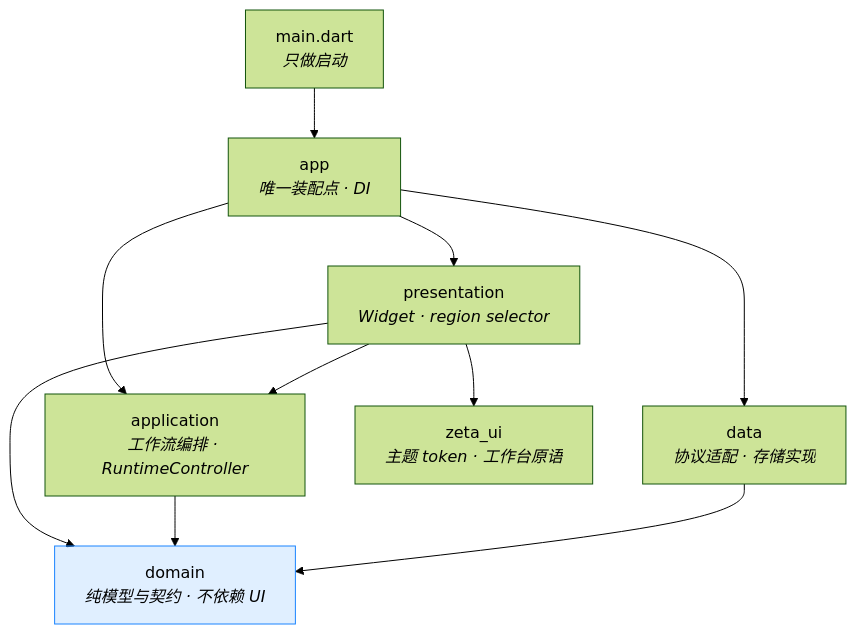
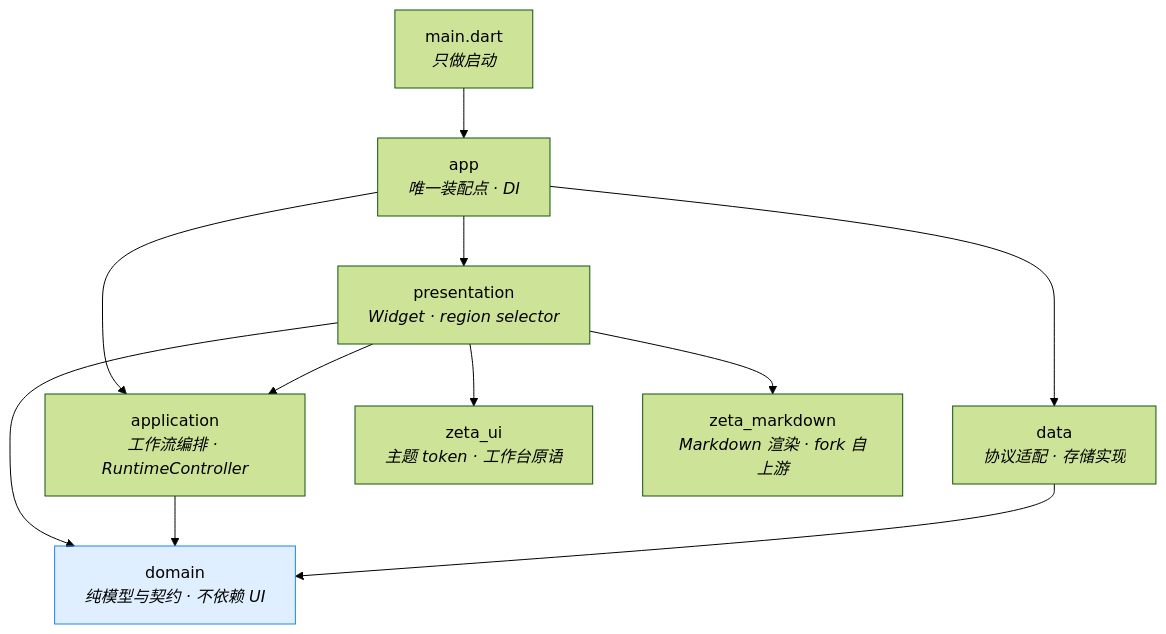
Before and after one commit to linpeilie/zeta: the first of 6 diagrams in docs/zh/architecture/overview.md, drawn with Mermaid (forest theme). The commit also changed other lines of this file and 12 other files, not shown here.

````diff
--- a/docs/zh/architecture/overview.md
+++ b/docs/zh/architecture/overview.md
@@ -19,15 +19,16 @@
 ```mermaid
 flowchart TD
     main["main.dart<br/><i>只做启动</i>"] --> app["app<br/><i>唯一装配点 · DI</i>"]
     app --> pres["presentation<br/><i>Widget · region selector</i>"]
     app --> appl["application<br/><i>工作流编排 · RuntimeController</i>"]
     app --> data["data<br/><i>协议适配 · 存储实现</i>"]
     pres --> appl
     pres --> domain
     appl --> domain["domain<br/><i>纯模型与契约 · 不依赖 UI</i>"]
     data --> domain
     pres --> uicore["zeta_ui<br/><i>主题 token · 工作台原语</i>"]
+    pres --> md["zeta_markdown<br/><i>Markdown 渲染 · fork 自上游</i>"]
 
     classDef pure fill:#1B84FF22,stroke:#1B84FF
     class domain pure
 ```
````
